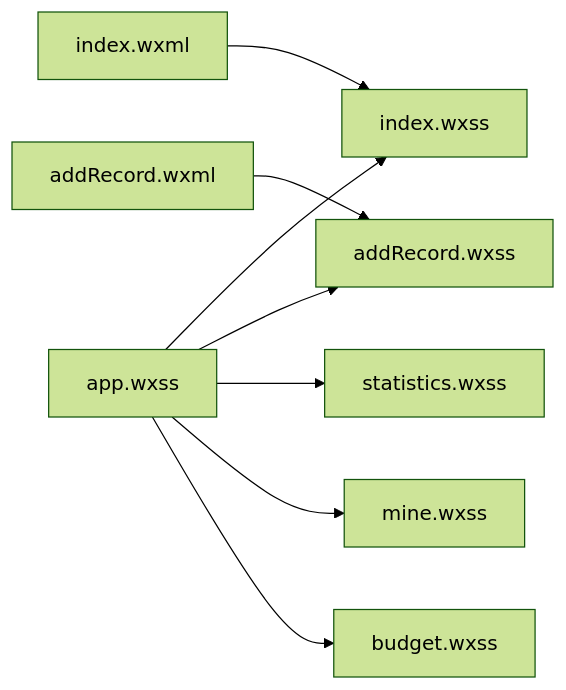
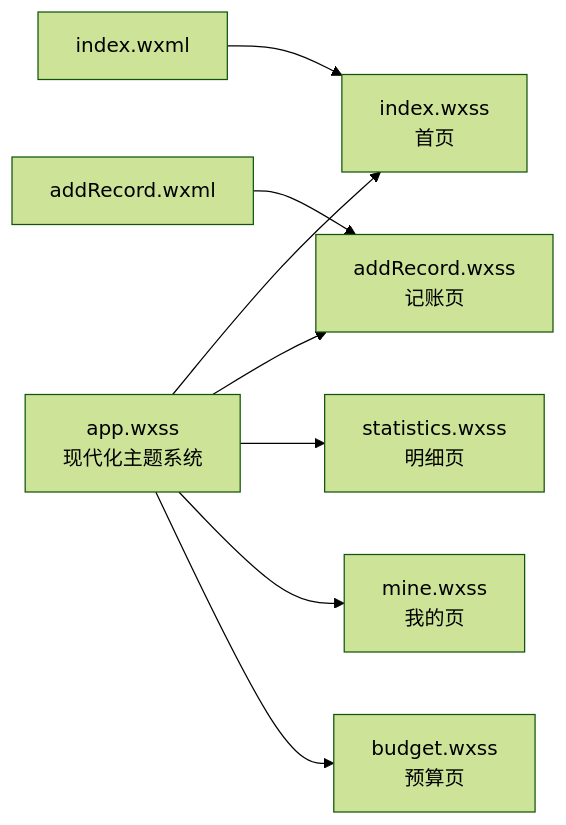
The sixth of 6 diagrams in .qoder/repowiki/zh/content/样式与界面设计.md (shisfish/miaobill), drawn with Mermaid (forest theme) before and after one commit. The commit also changed other lines of this file and 18 other files, not shown here.

````diff
--- a/.qoder/repowiki/zh/content/样式与界面设计.md
+++ b/.qoder/repowiki/zh/content/样式与界面设计.md
@@ -247,10 +274,10 @@
 ```mermaid
 graph LR
-App["app.wxss"] --> Index["index.wxss"]
-App --> Add["addRecord.wxss"]
-App --> Stats["statistics.wxss"]
-App --> Mine["mine.wxss"]
-App --> Budget["budget.wxss"]
+App["app.wxss<br/>现代化主题系统"] --> Index["index.wxss<br/>首页"]
+App --> Add["addRecord.wxss<br/>记账页"]
+App --> Stats["statistics.wxss<br/>明细页"]
+App --> Mine["mine.wxss<br/>我的页"]
+App --> Budget["budget.wxss<br/>预算页"]
 IndexWXML["index.wxml"] --> Index
 AddWXML["addRecord.wxml"] --> Add
 ```
````
